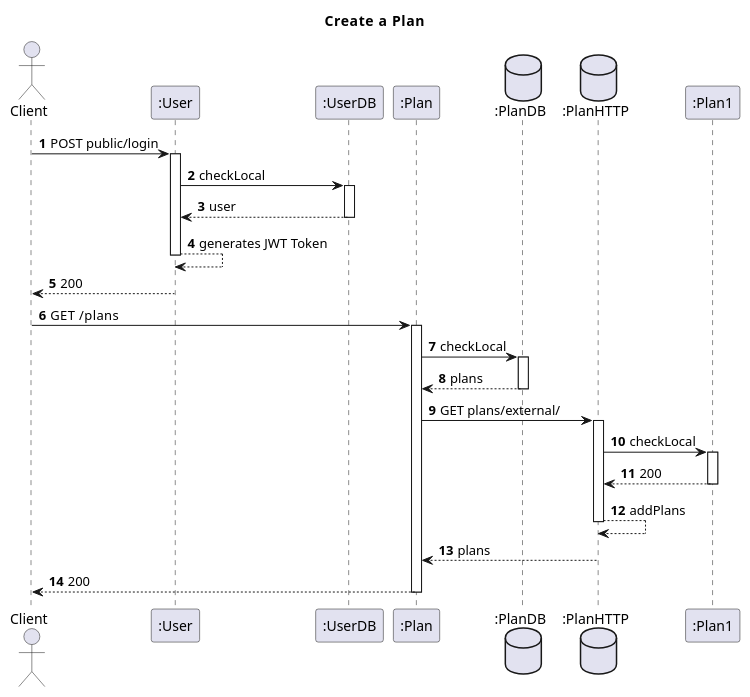
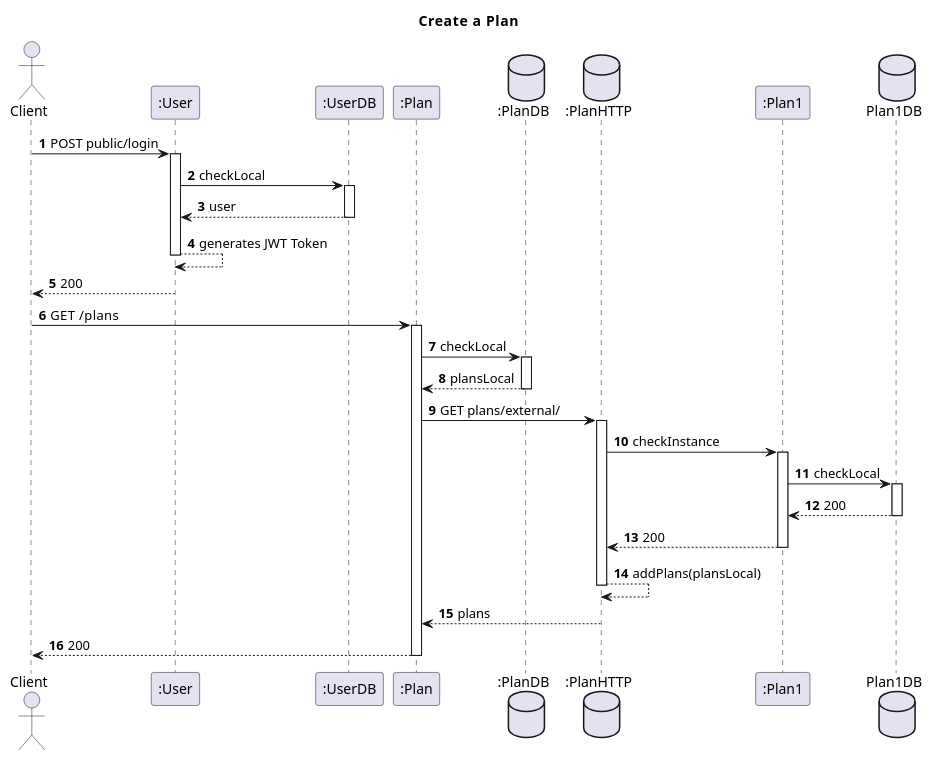
Before and after one commit to IsepMartimOliveira/SIDIS: the diagram in docs_sidis/Plans/Vista_Logica/N3/UserPlanInteractonGetAll.puml, drawn with PlantUML. The commit also changed 3 other files, not shown here.

```diff
--- a/docs_sidis/Plans/Vista_Logica/N3/UserPlanInteractonGetAll.puml
+++ b/docs_sidis/Plans/Vista_Logica/N3/UserPlanInteractonGetAll.puml
@@ -1,41 +1,47 @@
 @startuml
 'https://plantuml.com/sequence-diagram
 autoactivate on
 autonumber
 title  Create  a  Plan
 
 autonumber
 
 actor "Client" as Ac
 participant ":User" as User
 participant ":UserDB" as Udb
 
 participant ":Plan" as Plan
 database ":PlanDB" as PDB
 database ":PlanHTTP" as PHTTP
 participant ":Plan1" as Plan1
+database "Plan1DB" as PDB1
+
 
 
 
 Ac->User: POST public/login
 User->Udb:checkLocal
 Udb-->User:user
 User-->User:generates JWT Token
 User-->Ac:200
 Ac->Plan:GET  /plans
 Plan->PDB:checkLocal
-PDB-->Plan:plans
+PDB-->Plan:plansLocal
 
 Plan->PHTTP:GET plans/external/
-PHTTP->Plan1:checkLocal
+PHTTP->Plan1:checkInstance
+Plan1->PDB1:checkLocal
+
+PDB1-->Plan1:200
+deactivate PDB1
 Plan1-->PHTTP:200
-PHTTP-->PHTTP:addPlans
+PHTTP-->PHTTP:addPlans(plansLocal)
 
 PHTTP-->Plan:plans
 
 Plan-->Ac:200
 
 
 
 
 @enduml
```
